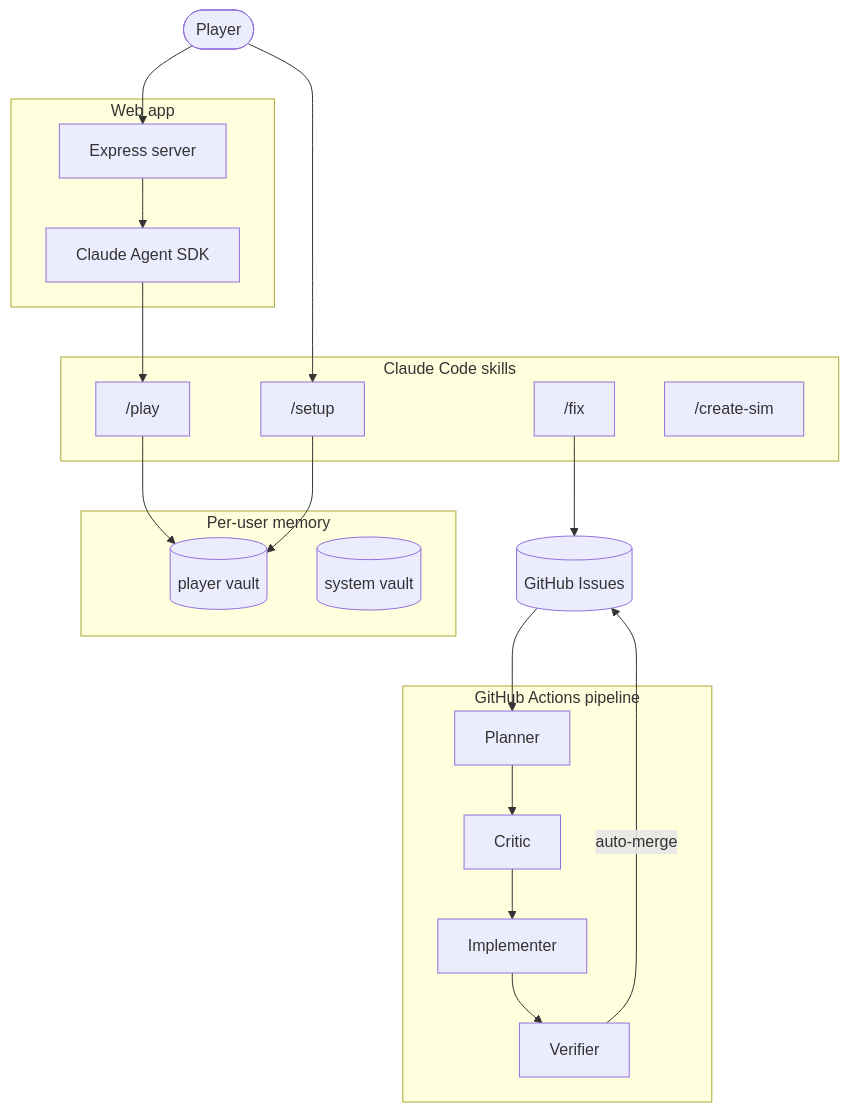
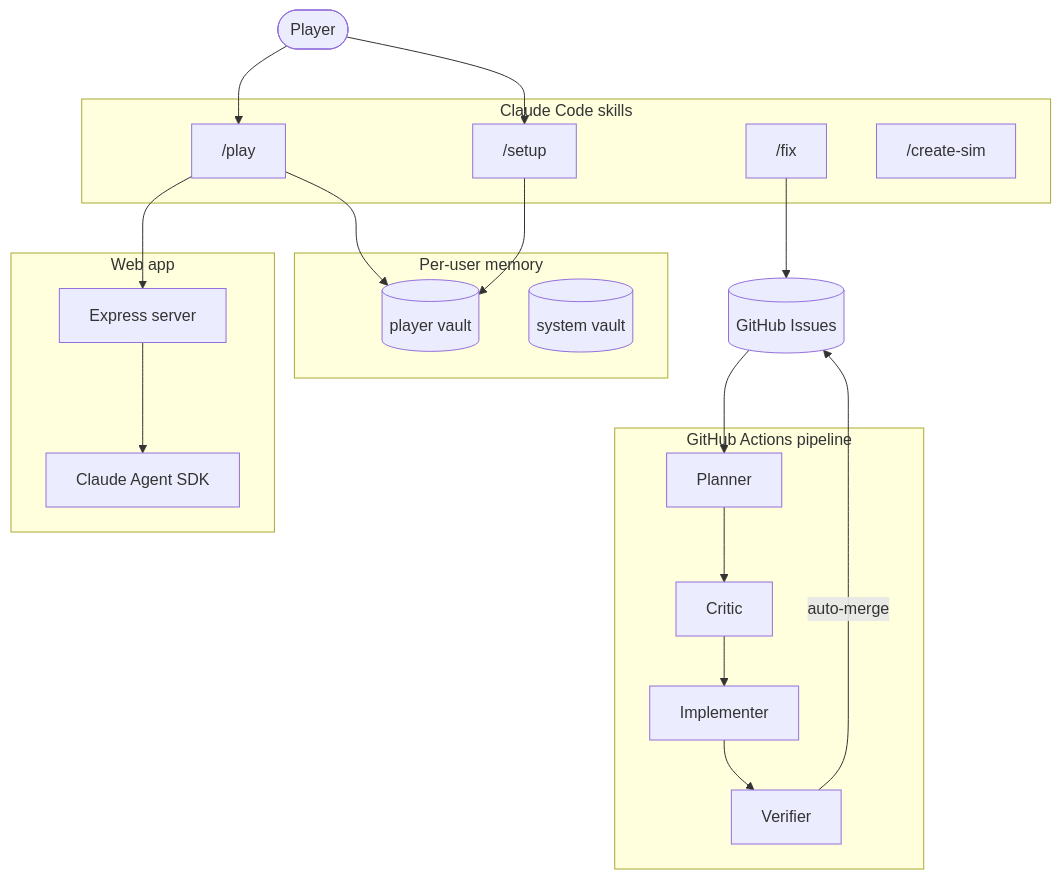
Before and after one commit to drashtishah/aws-simulator: the second of 2 diagrams in README.md, drawn with Mermaid.

Commit message:
fix: correct diagram flow, player runs /play which starts web app
Player does two things: /setup or /play. /play starts the web app,
not the other way around. Flow: Player -> /play -> Express -> Agent SDK.

Ref #173

````diff
--- a/README.md
+++ b/README.md
@@ -34,42 +34,42 @@
 ```mermaid
 flowchart TB
   Player([Player])
   Issues[(GitHub Issues)]
 
   subgraph Skills[Claude Code skills]
     Setup["/setup"]
     Play["/play"]
     Fix["/fix"]
     CreateSim["/create-sim"]
   end
 
   subgraph Memory[Per-user memory]
     PlayerVault[(player vault)]
     SystemVault[(system vault)]
   end
 
   subgraph Web[Web app]
     Express[Express server]
     Claude[Claude Agent SDK]
   end
 
   subgraph Pipeline[GitHub Actions pipeline]
     Planner[Planner]
     Critic[Critic]
     Implementer[Implementer]
     Verifier[Verifier]
   end
 
-  Player --> Express
+  Player --> Play
   Player --> Setup
+  Play --> Express
   Express --> Claude
-  Claude --> Play
   Play --> PlayerVault
   Setup --> PlayerVault
   Fix --> Issues
   Issues --> Planner
   Planner --> Critic
   Critic --> Implementer
   Implementer --> Verifier
   Verifier -->|auto-merge| Issues
 ```
````
